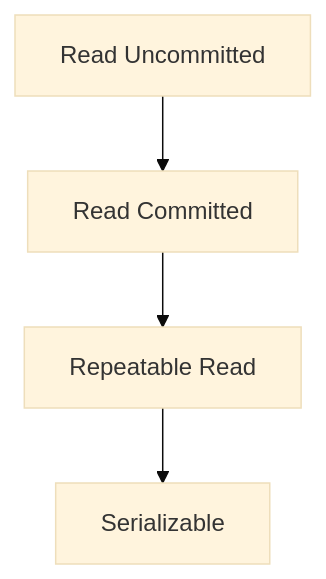
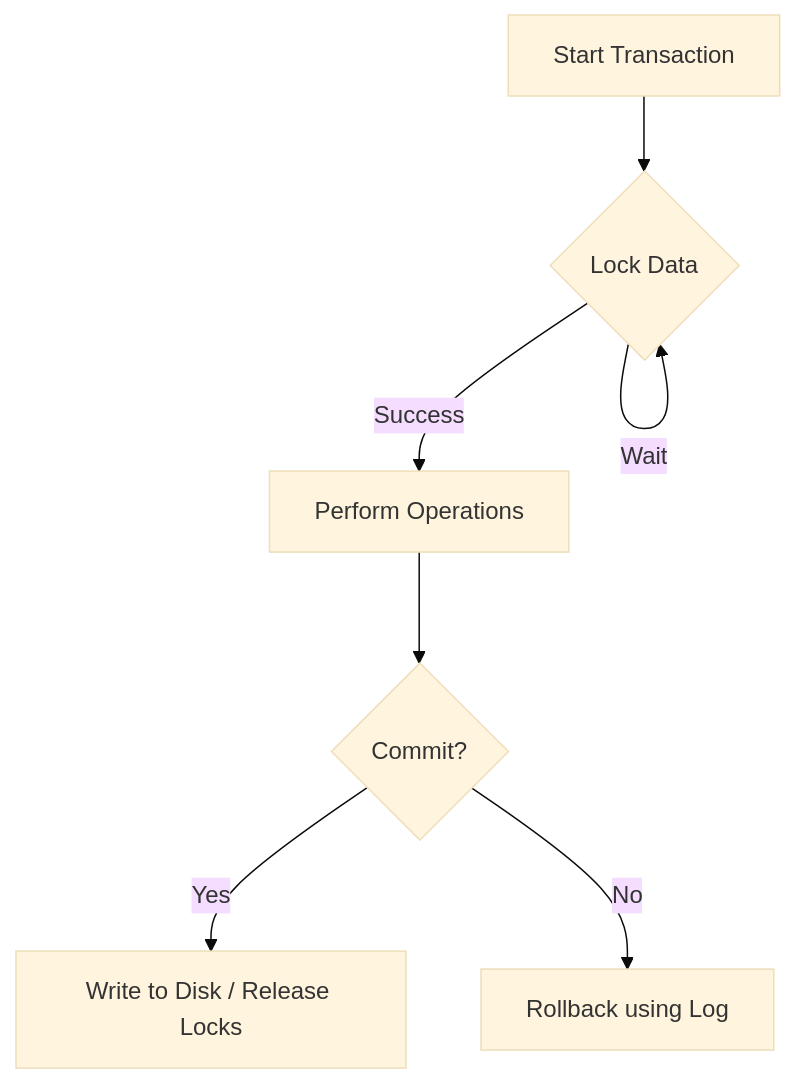
The diagram in handnote/dbms/06-transactions-concurrency-recovery.md (xujoncep/learning), drawn with Mermaid (base theme) before and after one commit. The commit also changed other lines of this file and 9 other files, not shown here.

````diff
--- a/handnote/dbms/06-transactions-concurrency-recovery.md
+++ b/handnote/dbms/06-transactions-concurrency-recovery.md
@@ -22,6 +62,9 @@
 ```mermaid
-flowchart TD
-  A[Read Uncommitted] --> B[Read Committed]
-  B --> C[Repeatable Read]
-  C --> D[Serializable]
+graph TD
+    A[Start Transaction] --> B{Lock Data}
+    B -->|Success| C[Perform Operations]
+    B -->|Wait| B
+    C --> D{Commit?}
+    D -->|Yes| E[Write to Disk / Release Locks]
+    D -->|No| F[Rollback using Log]
 ```
````
